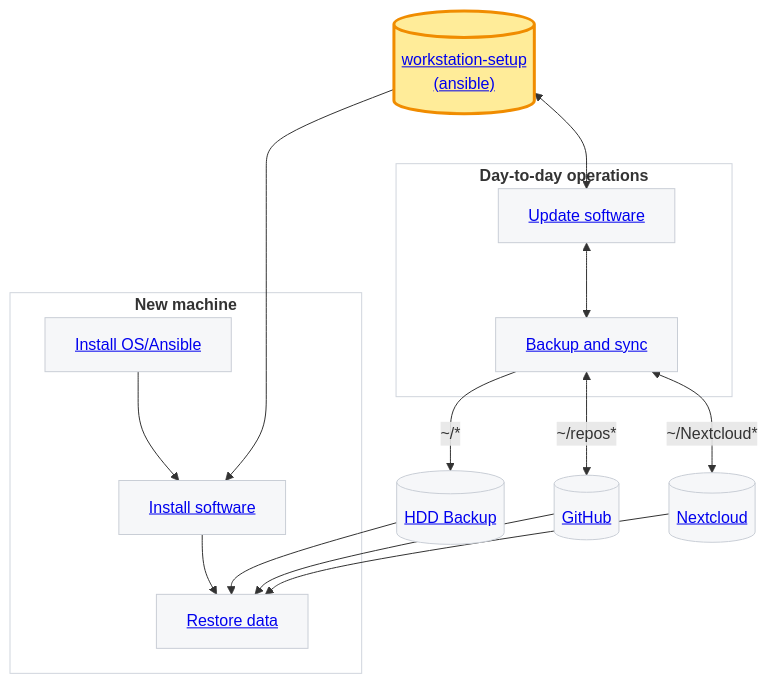
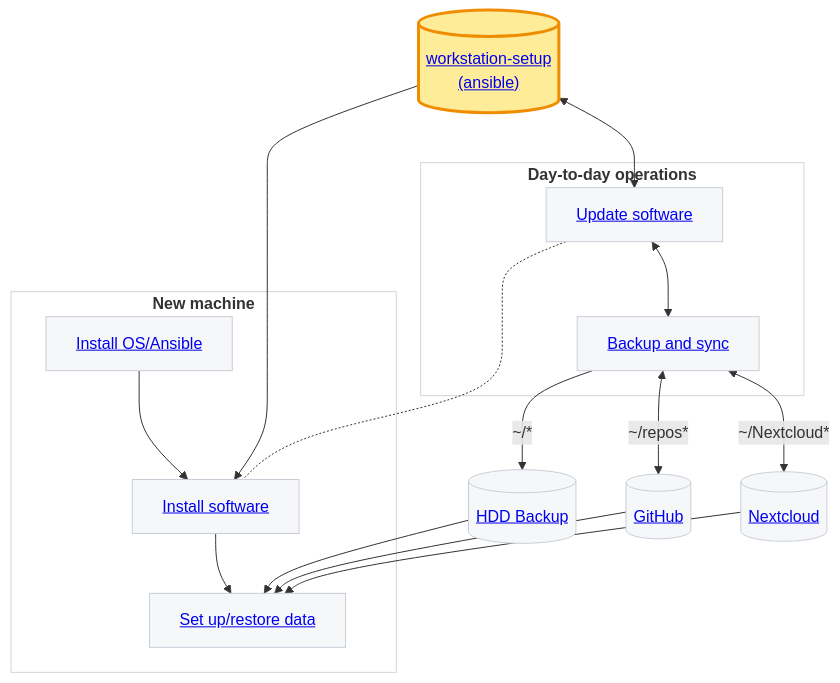
Before and after one commit to fs-ise/workstation-setup: the diagram in docs/index.qmd, drawn with Mermaid.

Commit message:
update figure

````diff
--- a/docs/index.qmd
+++ b/docs/index.qmd
@@ -21,41 +21,43 @@
 ```{mermaid}
 flowchart TD
   %% External infrastructure (outside the subgraphs)
   GH[(<a href='backup.html#github'>GitHub</a>)]
   BK[(<a href='backup.html#hdd-backup'>HDD Backup</a>)]
   NC[(<a href='backup.html#nextcloud'>Nextcloud</a>)]
   A[("<a href='https://github.com/fs-ise/workstation-setup'>workstation-setup<br/>(ansible)</a>")]
 
   %% Day-to-day flow
   subgraph Daily["<strong>Day-to-day operations</strong>"]
      AUpd["<a href='update_software.html'>Update software</a>"] <--> S[<a href='backup.html'>Backup and sync</a>]
   end
   A <--> AUpd
   S -- ~/* --> BK
   S <-- ~/repos* --> GH
   S <-- ~/Nextcloud* --> NC
 
+
   %% New machine flow
   subgraph New["<strong>New machine</strong>"]
     OS[<a href='install_os.html'>Install OS/Ansible</a>]
     OS --> AInst["<a href='install_software.html'>Install software</a>"] --> R
-    R[<a href='restore.html'>Restore data</a>]
+    R[<a href='restore.html'>Set up/restore data</a>]
   end
   A --> AInst
+  AUpd -.- AInst
 
   BK --> R
   GH --> R
   NC --> R
 
   %% Styling
   classDef highlight fill:#ffec99,stroke:#f08c00,stroke-width:3px,color:#1b1b1b;
   classDef muted fill:#f6f7f9,stroke:#c9ced6,stroke-width:1px,color:#2b2b2b;
 
   class A highlight;
   class GH,BK,NC,AUpd,S,OS,AInst,R muted;
 
   %% Optional: soften subgraph borders
   style Daily fill:#ffffff,stroke:#d0d5dd,stroke-width:1px;
   style New fill:#ffffff,stroke:#d0d5dd,stroke-width:1px;
 
 ```
````
